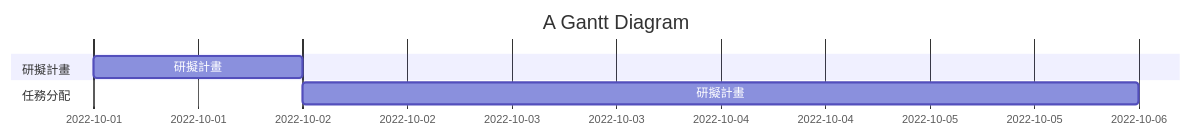
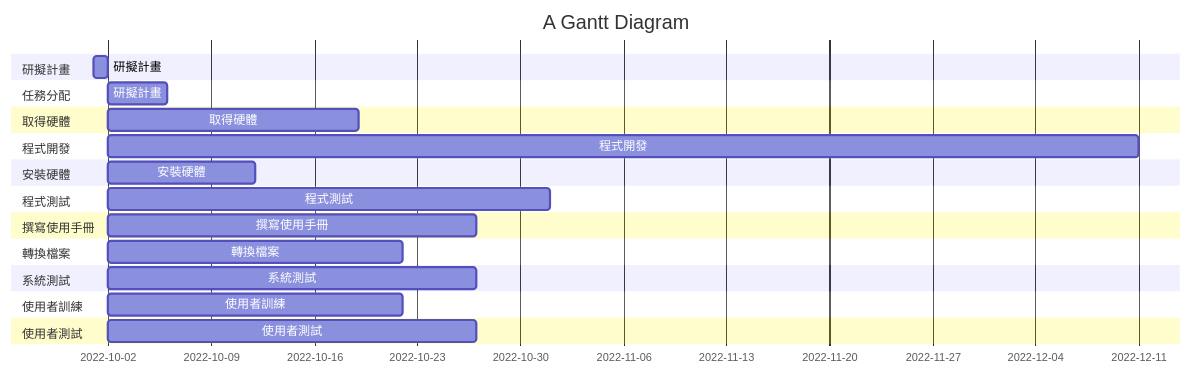
The second of 2 diagrams in hw2.md (YuenHoYeung/2022-3a), drawn with Mermaid before and after one commit. The commit also changed other lines of this file, not shown here.

````diff
--- a/hw2.md
+++ b/hw2.md
@@ -2,10 +37,28 @@
 ```mermaid
 gantt
     title A Gantt Diagram
 
     section 研擬計畫 
     研擬計畫          :a1, 2022-10-01, 1d
     section 任務分配
     研擬計畫          :2022-10-02  , 4d
+    section 取得硬體
+    取得硬體          :2022-10-02  , 17d
+    section 程式開發
+    程式開發          :2022-10-02  , 70d
+    section 安裝硬體
+    安裝硬體         :2022-10-02  , 10d
+    section 程式測試
+    程式測試          :2022-10-02  , 30d
+    section 撰寫使用手冊
+    撰寫使用手冊          :2022-10-02  , 25d
+    section 轉換檔案
+    轉換檔案          :2022-10-02  , 20d
+    section 系統測試
+    系統測試          :2022-10-02  , 25d
+    section 使用者訓練
+    使用者訓練          :2022-10-02  , 20d
+    section 使用者測試
+    使用者測試         :2022-10-02  , 25d
   
 ```
````
